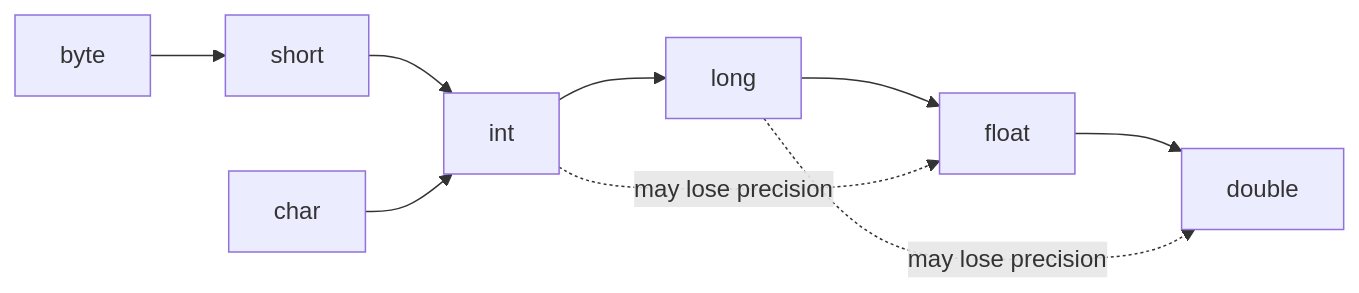
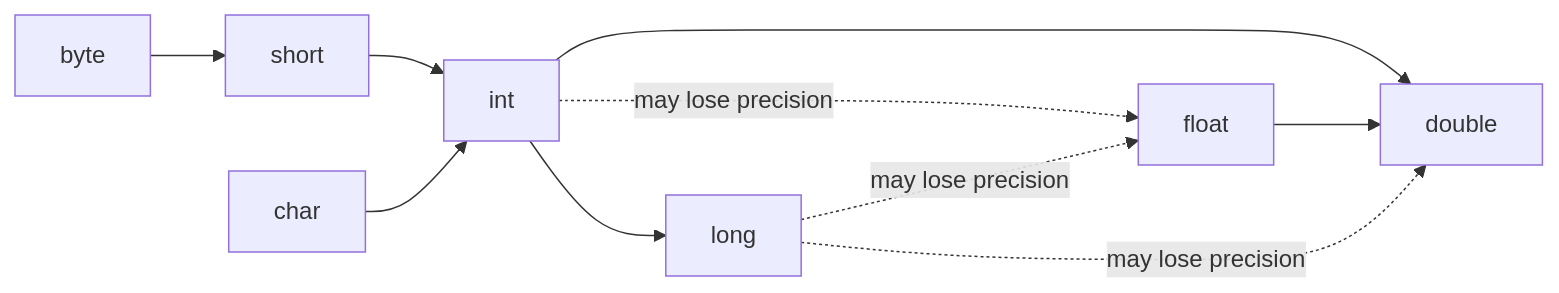
Before and after one commit to JQuintero2430/interview-preparation: the second of 12 diagrams in java-backend-guide/modules/01-java-oop-fundamentals.md, drawn with Mermaid. The commit also changed other lines of this file and 79 other files, not shown here.

````diff
--- a/java-backend-guide/modules/01-java-oop-fundamentals.md
+++ b/java-backend-guide/modules/01-java-oop-fundamentals.md
@@ -163,7 +162,10 @@
 ```mermaid
 flowchart LR
-    byte --> short --> int --> long --> float --> double
+    byte --> short --> int --> long
     char --> int
+    int --> double
+    float --> double
     int -.->|"may lose precision"| float
+    long -.->|"may lose precision"| float
     long -.->|"may lose precision"| double
 ```
````
